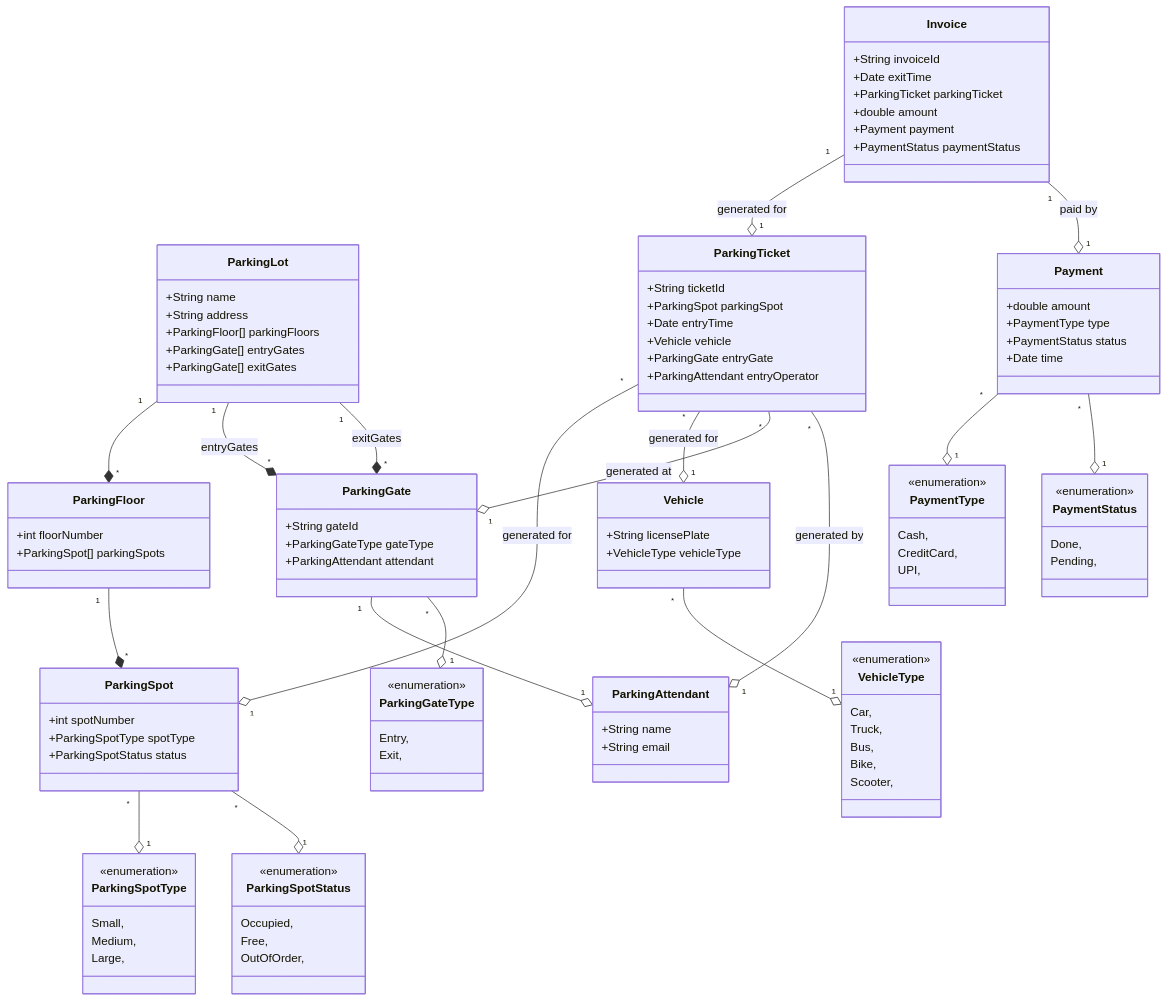
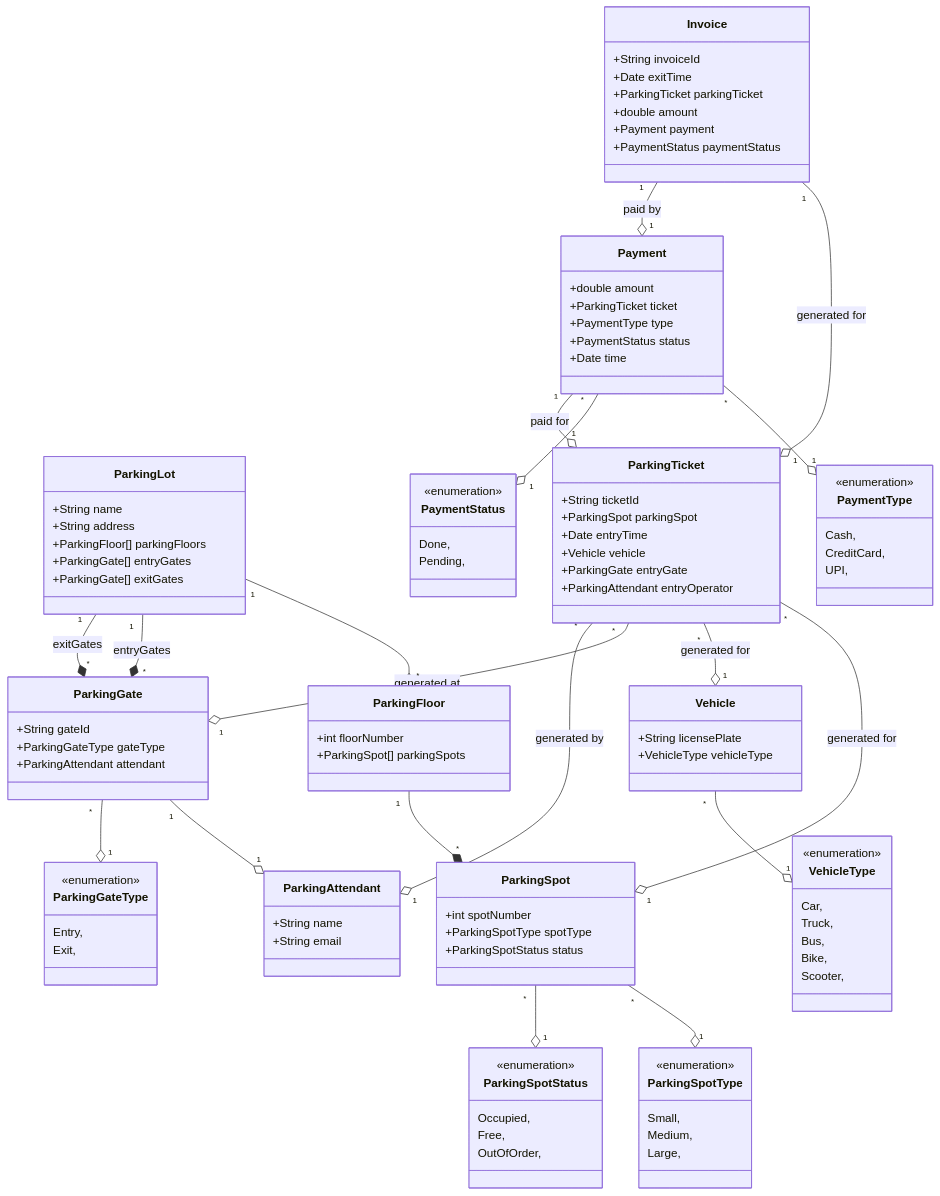
The second of 2 diagrams in notes/04-design-a-parking-lot-answers.md (kanmaytacker/design-questions), drawn with Mermaid before and after one commit. The commit also changed other lines of this file, not shown here.

Commit message:
Adds ticket to payment.

```diff
--- a/notes/04-design-a-parking-lot-answers.md
+++ b/notes/04-design-a-parking-lot-answers.md
@@ -239,6 +241,7 @@
 
     class Payment {
         +double amount
+        +ParkingTicket ticket
         +PaymentType type
         +PaymentStatus status
         +Date time
@@ -318,6 +321,7 @@
 
     Payment "*" --o "1" PaymentType
     Payment "*" --o "1" PaymentStatus
+    Payment "1" --o "1" ParkingTicket : paid for
 
     Vehicle "*" --o "1" VehicleType
 
```
